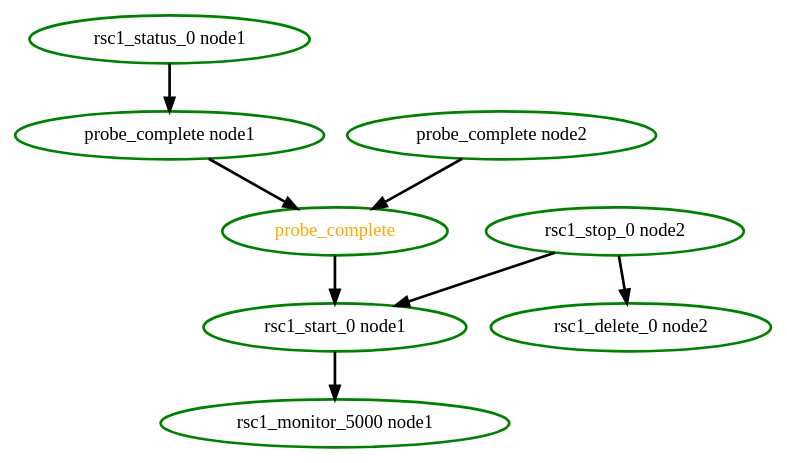
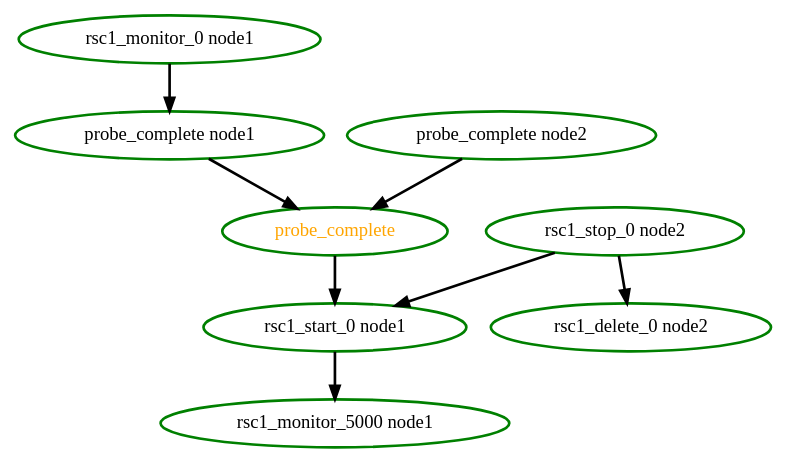
Before and after one commit to richiewen8/heartbeat: the diagram in crm/pengine/testcases/mon-rsc-4.dot, drawn with Graphviz. The commit also changed 147 other files, not shown here.

First line of the commit message:
s/status_0/monitor_0/

```diff
--- a/crm/pengine/testcases/mon-rsc-4.dot
+++ b/crm/pengine/testcases/mon-rsc-4.dot
@@ -1,18 +1,18 @@
 digraph "g" {
 	size = "30,30"
 "rsc1_start_0 node1" [ style=bold color="green" fontcolor="black" ]
 "probe_complete" [ style=bold color="green" fontcolor="orange" ]
 "probe_complete node1" [ style=bold color="green" fontcolor="black" ]
-"rsc1_status_0 node1" [ style=bold color="green" fontcolor="black" ]
+"rsc1_monitor_0 node1" [ style=bold color="green" fontcolor="black" ]
 "probe_complete node2" [ style=bold color="green" fontcolor="black" ]
 "rsc1_stop_0 node2" [ style=bold color="green" fontcolor="black" ]
 "rsc1_delete_0 node2" [ style=bold color="green" fontcolor="black" ]
 "rsc1_monitor_5000 node1" [ style=bold color="green" fontcolor="black" ]
 "probe_complete" -> "rsc1_start_0 node1" [ style = bold]
 "rsc1_stop_0 node2" -> "rsc1_start_0 node1" [ style = bold]
 "probe_complete node1" -> "probe_complete" [ style = bold]
 "probe_complete node2" -> "probe_complete" [ style = bold]
-"rsc1_status_0 node1" -> "probe_complete node1" [ style = bold]
+"rsc1_monitor_0 node1" -> "probe_complete node1" [ style = bold]
 "rsc1_stop_0 node2" -> "rsc1_delete_0 node2" [ style = bold]
 "rsc1_start_0 node1" -> "rsc1_monitor_5000 node1" [ style = bold]
 }
```
